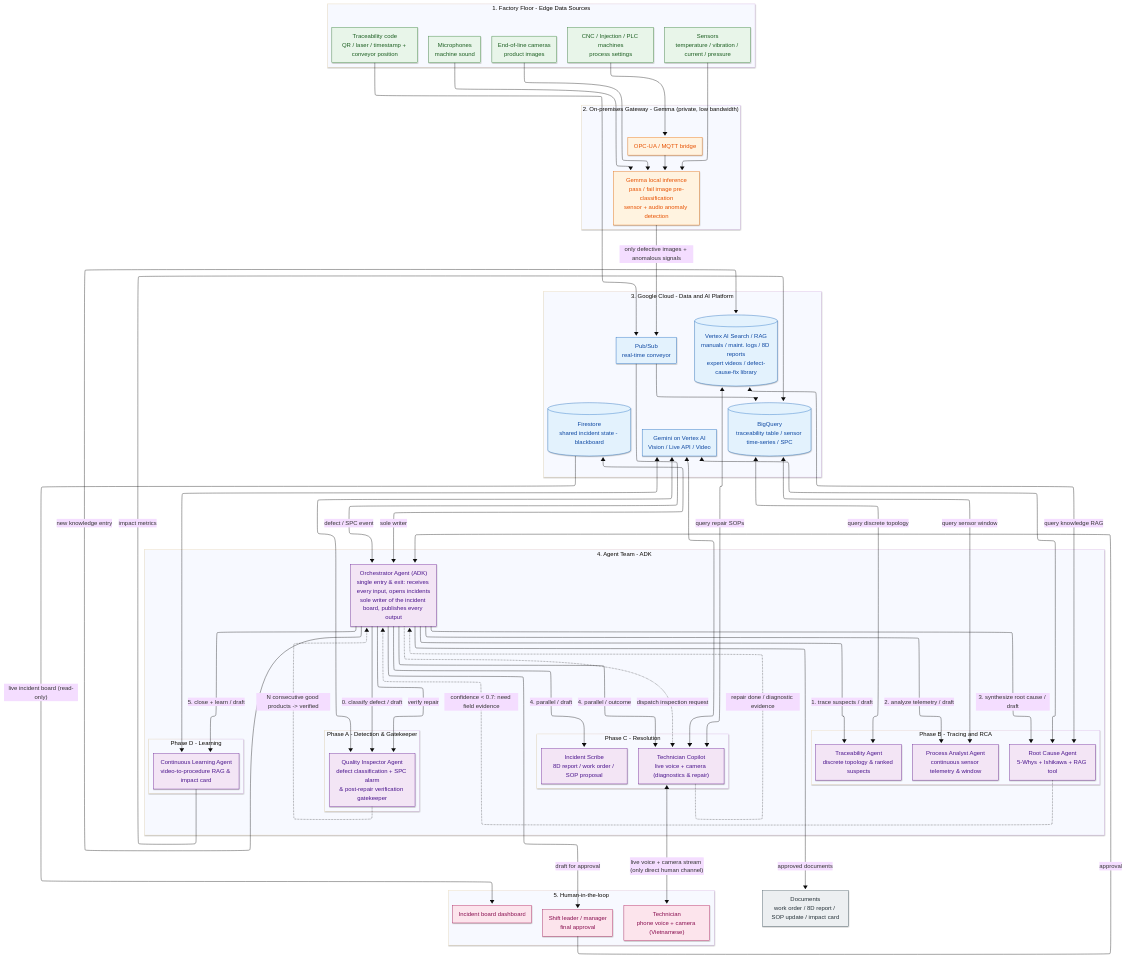
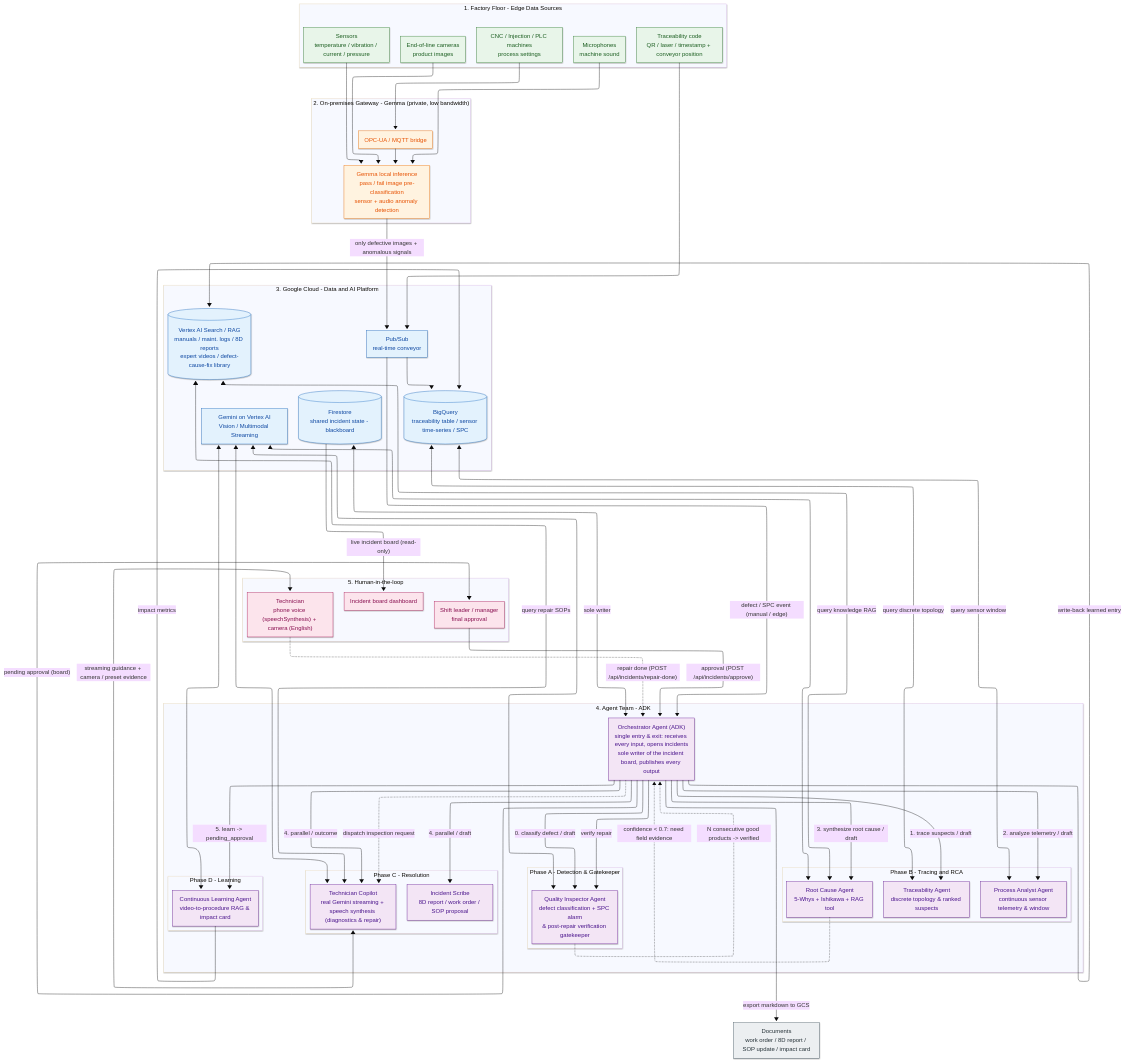
One commit to vanduc2514/hackathon-builder-cup-manufacturing-anomaly changed the diagram in docs/kaizen-agent-architecture.mmd. Above: the diagram before and after it, drawn with Mermaid (base theme). The commit also changed 200 other files, not shown here.

First line of the commit message:
feat(epic): complete end-to-end kaizen multi-agent flow (#318)

```diff
--- a/docs/kaizen-agent-architecture.mmd
+++ b/docs/kaizen-agent-architecture.mmd
@@ -1,129 +1,128 @@
 ---
 config:
   layout: elk
   look: neo
 ---
 flowchart TB
     %% ---------- Layer 1: Factory floor (edge data sources) ----------
     subgraph FLOOR["1. Factory Floor - Edge Data Sources"]
         direction LR
         MACHINES["CNC / Injection / PLC machines<br/>process settings"]
         CAM["End-of-line cameras<br/>product images"]
         SENS["Sensors<br/>temperature / vibration / current / pressure"]
         MIC["Microphones<br/>machine sound"]
         TAG["Traceability code<br/>QR / laser / timestamp + conveyor position"]
     end
 
     %% ---------- Layer 2: On-premises gateway ----------
     subgraph EDGE_GW["2. On-premises Gateway - Gemma (private, low bandwidth)"]
         direction LR
         GEMMA["Gemma local inference<br/>pass / fail image pre-classification<br/>sensor + audio anomaly detection"]
         BRIDGE["OPC-UA / MQTT bridge"]
     end
 
     %% ---------- Layer 3: Google Cloud data plane ----------
     subgraph GCP["3. Google Cloud - Data and AI Platform"]
         direction TB
         PUBSUB["Pub/Sub<br/>real-time conveyor"]
         BQ[("BigQuery<br/>traceability table / sensor time-series / SPC")]
         FS[("Firestore<br/>shared incident state - blackboard")]
         RAG[("Vertex AI Search / RAG<br/>manuals / maint. logs / 8D reports<br/>expert videos / defect-cause-fix library")]
-        GEMINI["Gemini on Vertex AI<br/>Vision / Live API / Video"]
+        GEMINI["Gemini on Vertex AI<br/>Vision / Multimodal Streaming"]
     end
 
     %% ---------- Layer 4: Agent team (ADK) ----------
     subgraph ORCH_LAYER["4. Agent Team - ADK"]
         ORCH["Orchestrator Agent (ADK)<br/>single entry & exit: receives every input, opens incidents<br/>sole writer of the incident board, publishes every output"]
 
         subgraph PHASE_A["Phase A - Detection & Gatekeeper"]
             QA["Quality Inspector Agent<br/>defect classification + SPC alarm<br/>& post-repair verification gatekeeper"]
         end
         subgraph PHASE_B["Phase B - Tracing and RCA"]
             TRA["Traceability Agent<br/>discrete topology & ranked suspects"]
             PA["Process Analyst Agent<br/>continuous sensor telemetry & window"]
             RCA["Root Cause Agent<br/>5-Whys + Ishikawa + RAG tool"]
         end
         subgraph PHASE_C["Phase C - Resolution"]
-            COPILOT["Technician Copilot<br/>live voice + camera (diagnostics & repair)"]
+            COPILOT["Technician Copilot<br/>real Gemini streaming + speech synthesis (diagnostics & repair)"]
             DOC["Incident Scribe<br/>8D report / work order / SOP proposal"]
         end
         subgraph PHASE_D["Phase D - Learning"]
             LEARN["Continuous Learning Agent<br/>video-to-procedure RAG & impact card"]
         end
     end
 
     %% ---------- Layer 5: Humans and outputs ----------
     subgraph HUMAN["5. Human-in-the-loop"]
-        TECH["Technician<br/>phone voice + camera (Vietnamese)"]
+        TECH["Technician<br/>phone voice (speechSynthesis) + camera (English)"]
         DASH["Incident board dashboard"]
         LEAD["Shift leader / manager<br/>final approval"]
     end
     OUT["Documents<br/>work order / 8D report / SOP update / impact card"]
 
     %% ---------- Physical acquisition ----------
     CAM --> GEMMA
     SENS --> GEMMA
     MIC --> GEMMA
     MACHINES --> BRIDGE
     BRIDGE --> GEMMA
     GEMMA -->|"only defective images + anomalous signals"| PUBSUB
     TAG --> PUBSUB
 
     %% ---------- Data plane ----------
     PUBSUB --> BQ
-    PUBSUB -->|"defect / SPC event"| ORCH
+    PUBSUB -->|"defect / SPC event (manual / edge)"| ORCH
     BQ <-->|"query discrete topology"| TRA
     BQ <-->|"query sensor window"| PA
     RAG <-->|"query knowledge RAG"| RCA
     RAG <-->|"query repair SOPs"| COPILOT
     GEMINI <--> QA
     GEMINI <--> RCA
     GEMINI <--> COPILOT
     GEMINI <--> LEARN
     LEARN -->|"impact metrics"| BQ
 
     %% ---------- Blackboard: only the Orchestrator writes; agents get a snapshot and return drafts ----------
     FS <-->|"sole writer"| ORCH
 
     %% ---------- Orchestration order (matches the incident flow) ----------
     ORCH -->|"0. classify defect / draft"| QA
     ORCH -->|"1. trace suspects / draft"| TRA
     ORCH -->|"2. analyze telemetry / draft"| PA
     ORCH -->|"3. synthesize root cause / draft"| RCA
     ORCH -->|"4. parallel / outcome"| COPILOT
     ORCH -->|"4. parallel / draft"| DOC
     ORCH -->|"verify repair"| QA
-    ORCH -->|"5. close + learn / draft"| LEARN
+    ORCH -->|"5. learn -> pending_approval"| LEARN
 
     %% ---------- Evidence-gathering loop ----------
     RCA -.->|"confidence < 0.7: need field evidence"| ORCH
     ORCH -.->|"dispatch inspection request"| COPILOT
 
     %% ---------- Product-first closed loop ----------
     QA -.->|"N consecutive good products -> verified"| ORCH
 
     %% ---------- Human interaction ----------
-    COPILOT <-->|"live voice + camera stream (only direct human channel)"| TECH
-    COPILOT -.->|"repair done / diagnostic evidence"| ORCH
+    COPILOT <-->|"streaming guidance + camera / preset evidence"| TECH
+    TECH -.->|"repair done (POST /api/incidents/repair-done)"| ORCH
     FS -->|"live incident board (read-only)"| DASH
-    ORCH -->|"draft for approval"| LEAD
-    LEAD -->|"approval"| ORCH
-    ORCH -->|"approved documents"| OUT
+    ORCH -->|"pending approval (board)"| LEAD
+    LEAD -->|"approval (POST /api/incidents/approve)"| ORCH
+    ORCH -->|"export markdown to GCS"| OUT
+    ORCH -->|"write-back learned entry"| RAG
 
     %% ---------- Learning feedback loop ----------
-    ORCH -->|"new knowledge entry"| RAG
-
     %% ---------- Styling ----------
     classDef floor fill:#E8F5E9,stroke:#2E7D32,color:#1B5E20
     classDef edge fill:#FFF3E0,stroke:#EF6C00,color:#E65100
     classDef cloud fill:#E3F2FD,stroke:#1565C0,color:#0D47A1
     classDef agent fill:#F3E5F5,stroke:#6A1B9A,color:#4A148C
     classDef human fill:#FCE4EC,stroke:#AD1457,color:#880E4F
     classDef out fill:#ECEFF1,stroke:#455A64,color:#263238
 
     class MACHINES,CAM,SENS,MIC,TAG floor
     class GEMMA,BRIDGE edge
     class PUBSUB,BQ,FS,RAG,GEMINI cloud
     class ORCH,QA,TRA,PA,RCA,COPILOT,DOC,LEARN agent
     class TECH,DASH,LEAD human
     class OUT out
```
